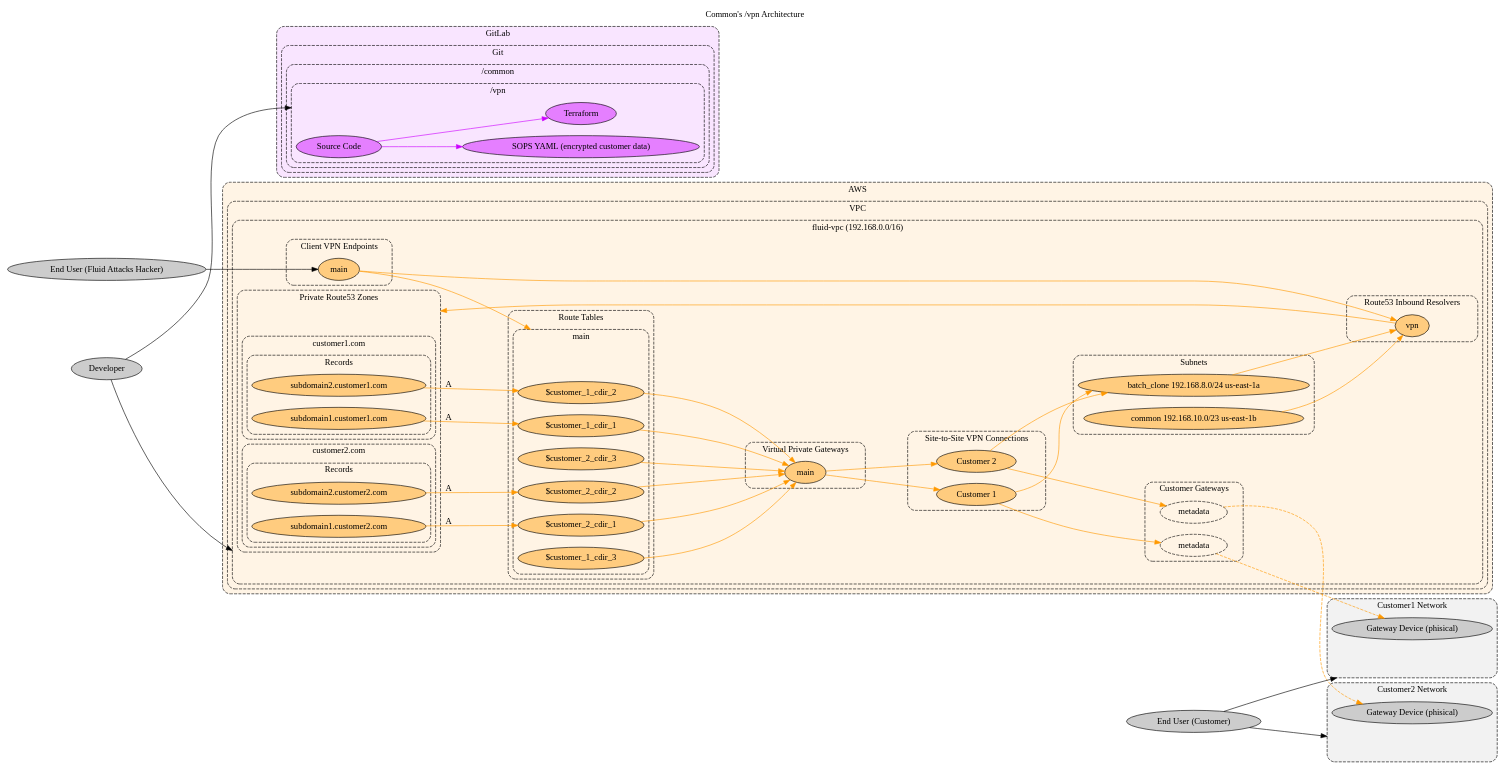
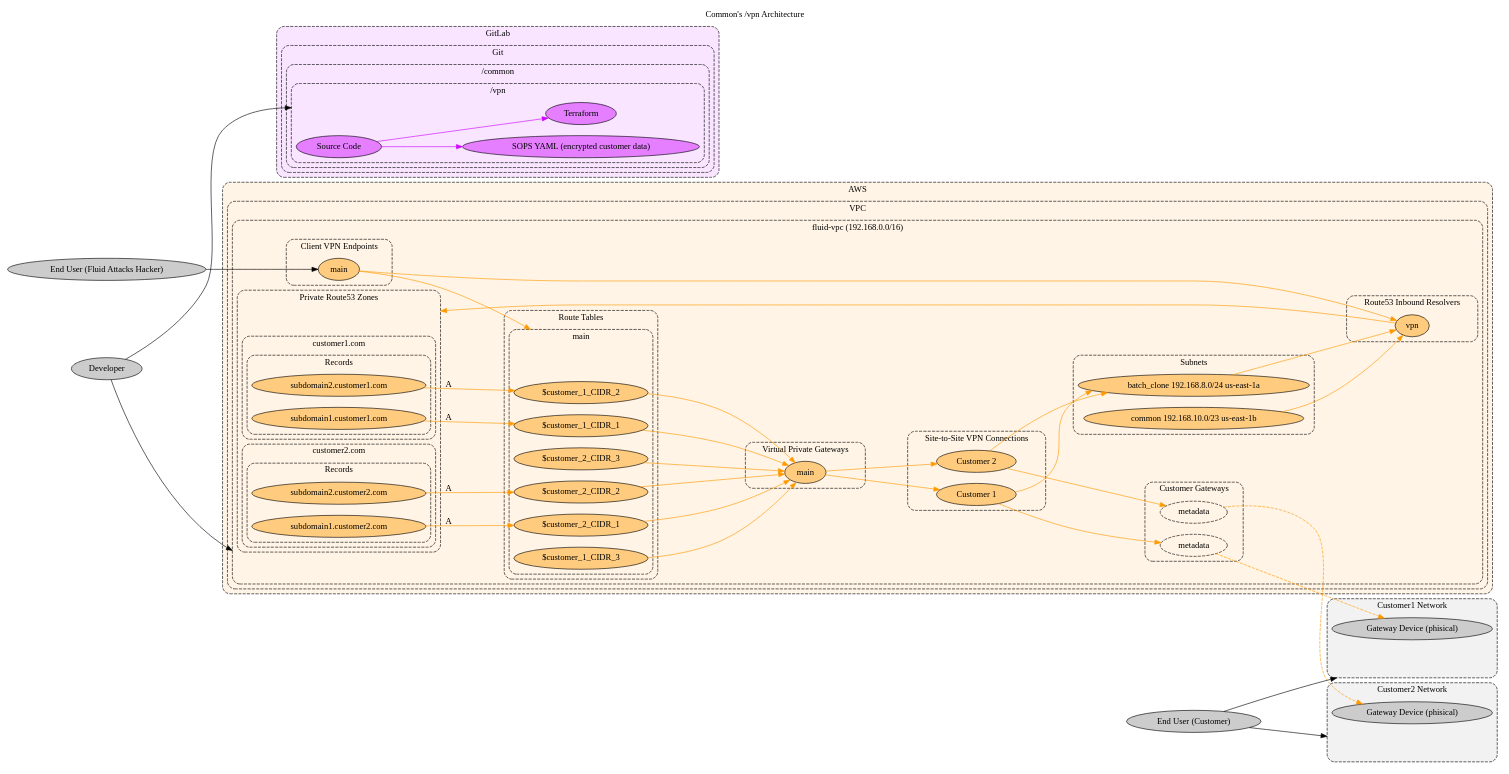
The diagram in docs/src/docs/development/products/common/vpn-arch.dot (jeanbaptistemora/fluidattacks-universe2), drawn with Graphviz before and after one commit. The commit also changed 1 other file, not shown here.

```diff
--- a/docs/src/docs/development/products/common/vpn-arch.dot
+++ b/docs/src/docs/development/products/common/vpn-arch.dot
@@ -81,12 +81,12 @@
 
             cluster_aws_vpc_fluid_vpc_route_tables_main[label="" style="invis"]
 
-            aws_vpc_fluid_vpc_route_tables_main_customer_1_cidr_1[label="$customer_1_cdir_1"]
-            aws_vpc_fluid_vpc_route_tables_main_customer_1_cidr_2[label="$customer_1_cdir_2"]
-            aws_vpc_fluid_vpc_route_tables_main_customer_1_cidr_3[label="$customer_1_cdir_3"]
-            aws_vpc_fluid_vpc_route_tables_main_customer_2_cidr_1[label="$customer_2_cdir_1"]
-            aws_vpc_fluid_vpc_route_tables_main_customer_2_cidr_2[label="$customer_2_cdir_2"]
-            aws_vpc_fluid_vpc_route_tables_main_customer_2_cidr_3[label="$customer_2_cdir_3"]
+            aws_vpc_fluid_vpc_route_tables_main_customer_1_cidr_1[label="$customer_1_CIDR_1"]
+            aws_vpc_fluid_vpc_route_tables_main_customer_1_cidr_2[label="$customer_1_CIDR_2"]
+            aws_vpc_fluid_vpc_route_tables_main_customer_1_cidr_3[label="$customer_1_CIDR_3"]
+            aws_vpc_fluid_vpc_route_tables_main_customer_2_cidr_1[label="$customer_2_CIDR_1"]
+            aws_vpc_fluid_vpc_route_tables_main_customer_2_cidr_2[label="$customer_2_CIDR_2"]
+            aws_vpc_fluid_vpc_route_tables_main_customer_2_cidr_3[label="$customer_2_CIDR_3"]
           }
         }
 
```
